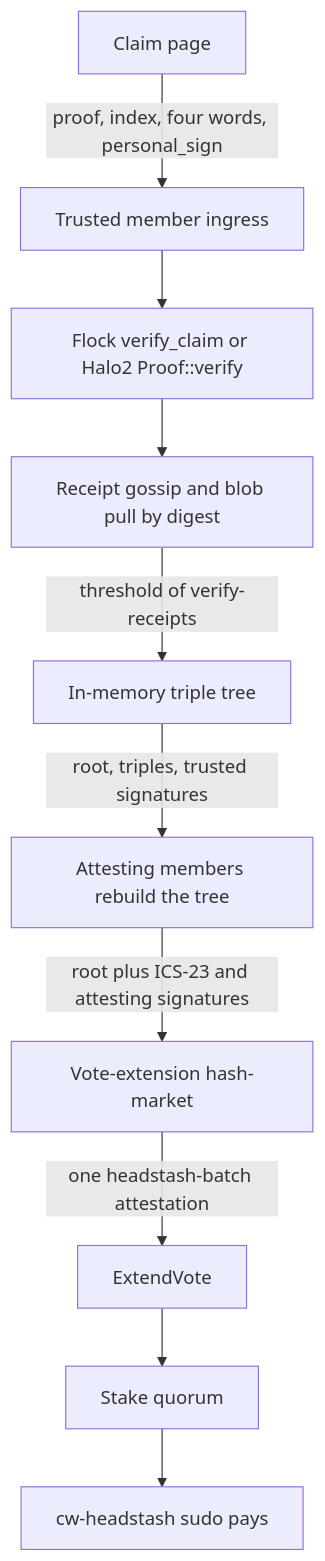
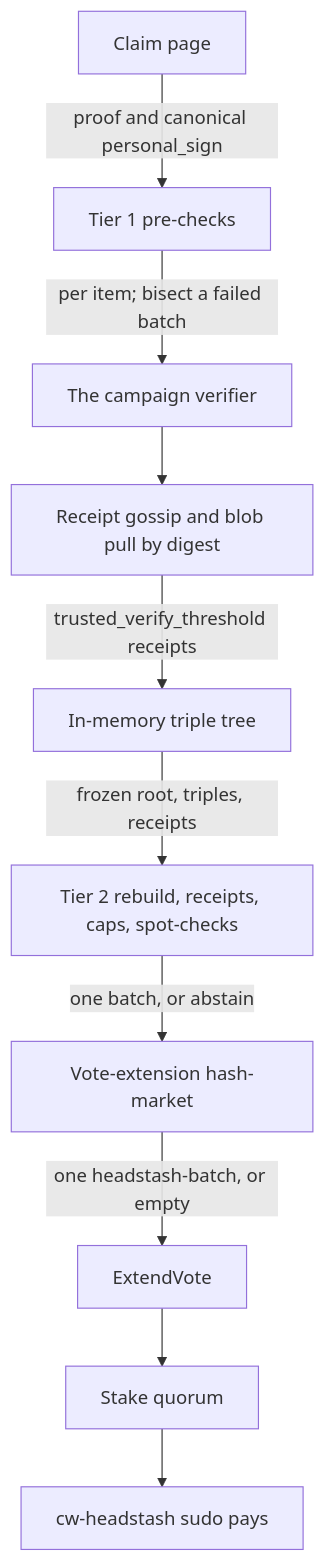
Before and after one commit to terpnetwork/terp-rs: the first of 3 diagrams in tools/headstash/docs/circuit/HASHMARKET-HEADSTASH-INTEGRATION.md, drawn with Mermaid. The commit also changed other lines of this file, not shown here.

First line of the commit message:
docs(headstash): record the epoch claim spec

````diff
--- a/tools/headstash/docs/circuit/HASHMARKET-HEADSTASH-INTEGRATION.md
+++ b/tools/headstash/docs/circuit/HASHMARKET-HEADSTASH-INTEGRATION.md
@@ -53,23 +295,23 @@
 ```mermaid
 flowchart TD
   page["Claim page"]
-  ingress["Trusted member ingress"]
-  verify["Flock verify_claim or Halo2 Proof::verify"]
+  pre["Tier 1 pre-checks"]
+  verify["The campaign verifier"]
   share["Receipt gossip and blob pull by digest"]
   tree["In-memory triple tree"]
-  att["Attesting members rebuild the tree"]
+  att["Tier 2 rebuild, receipts, caps, spot-checks"]
   ve["Vote-extension hash-market"]
   ext["ExtendVote"]
   quorum["Stake quorum"]
   sudo["cw-headstash sudo pays"]
 
-  page -->|"proof, index, four words, personal_sign"| ingress
-  ingress --> verify
+  page -->|"proof and canonical personal_sign"| pre
+  pre -->|"per item; bisect a failed batch"| verify
   verify --> share
-  share -->|"threshold of verify-receipts"| tree
-  tree -->|"root, triples, trusted signatures"| att
-  att -->|"root plus ICS-23 and attesting signatures"| ve
-  ve -->|"one headstash-batch attestation"| ext
+  share -->|"trusted_verify_threshold receipts"| tree
+  tree -->|"frozen root, triples, receipts"| att
+  att -->|"one batch, or abstain"| ve
+  ve -->|"one headstash-batch, or empty"| ext
   ext --> quorum
   quorum --> sudo
 ```
````
